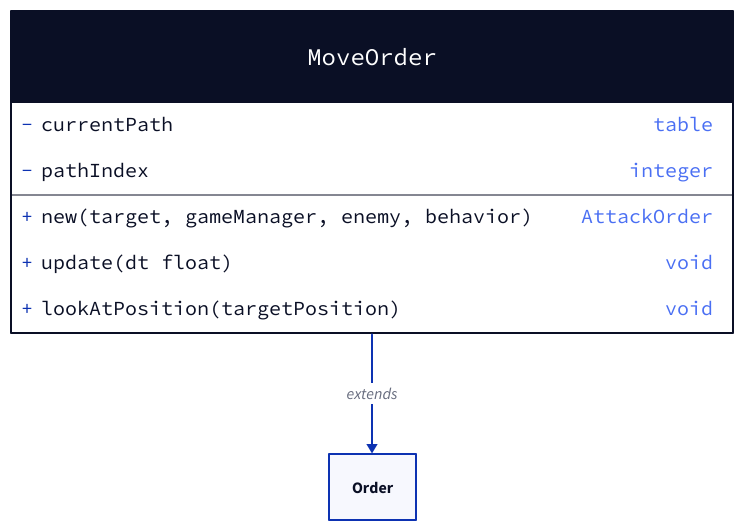
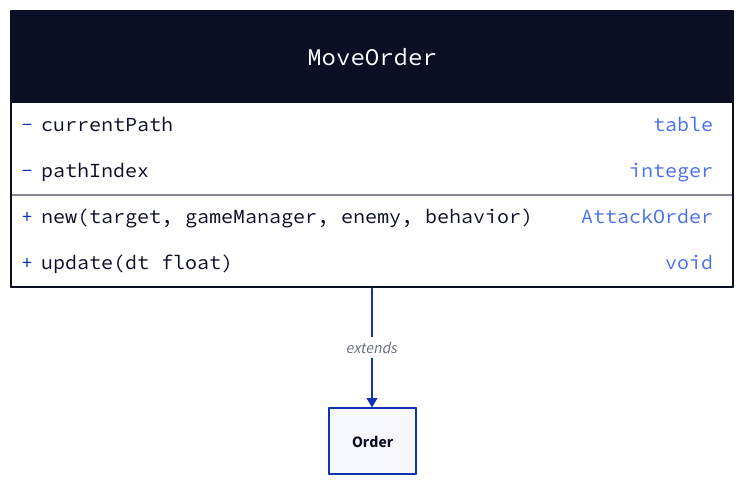
The diagram in docs/move-order.d2 (valcriss/gamingcampus-m1-lua-battletank), drawn with D2 before and after one commit. The commit also changed 11 other files, not shown here.

```diff
--- a/docs/move-order.d2
+++ b/docs/move-order.d2
@@ -1,13 +1,13 @@
 MoveOrder: {
   shape: class
 
   -currentPath: table
   -pathIndex: integer
 
   +new(target, gameManager, enemy, behavior): AttackOrder
 
   +update(dt float): void
-  +lookAtPosition(targetPosition): void
+
 }
 
 MoveOrder -> Order: extends
```
